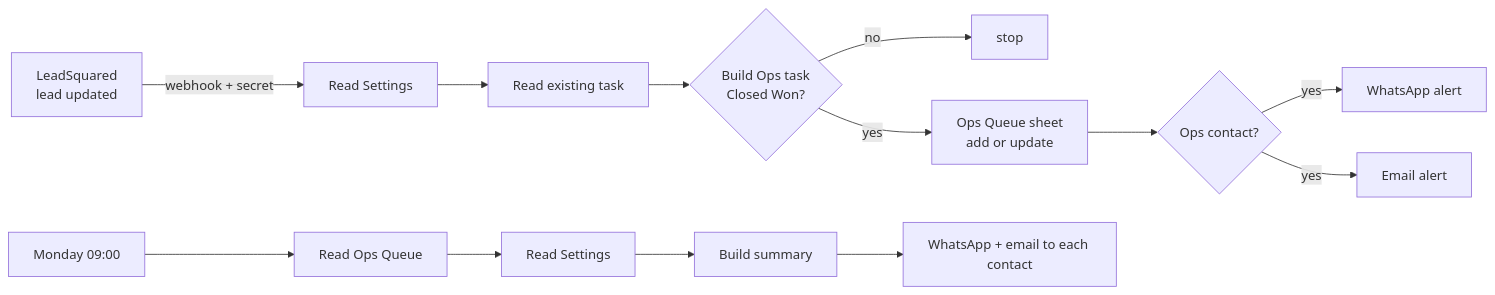
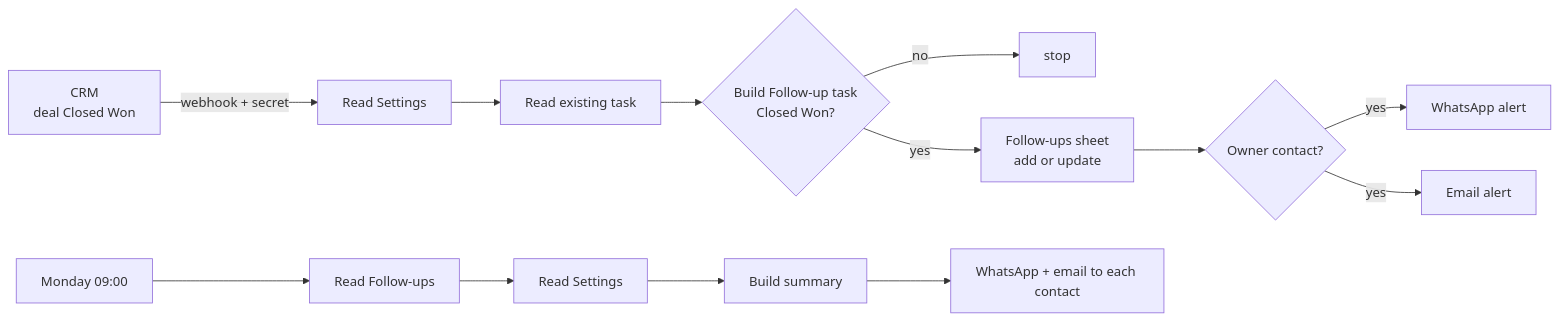
One commit to dakshvanshaj/CloseLoop changed the diagram in docs/how-it-works.md. Above: the diagram before and after it, drawn with Mermaid. The commit also changed other lines of this file and 8 other files, not shown here.

````diff
--- a/docs/how-it-works.md
+++ b/docs/how-it-works.md
@@ -5,12 +5,12 @@
 ```mermaid
 flowchart LR
-  LSQ[LeadSquared<br/>lead updated] -->|webhook + secret| S[Read Settings]
+  CRM[CRM<br/>deal Closed Won] -->|webhook + secret| S[Read Settings]
   S --> E[Read existing task]
-  E --> B{Build Ops task<br/>Closed Won?}
+  E --> B{Build Follow-up task<br/>Closed Won?}
   B -->|no| X[stop]
-  B -->|yes| Q[Ops Queue sheet<br/>add or update]
-  Q --> C{Ops contact?}
+  B -->|yes| Q[Follow-ups sheet<br/>add or update]
+  Q --> C{Owner contact?}
   C -->|yes| W[WhatsApp alert]
   C -->|yes| G[Email alert]
-  M[Monday 09:00] --> R[Read Ops Queue] --> RS[Read Settings] --> SUM[Build summary] --> W2[WhatsApp + email to each contact]
+  M[Monday 09:00] --> R[Read Follow-ups] --> RS[Read Settings] --> SUM[Build summary] --> W2[WhatsApp + email to each contact]
 ```
````
